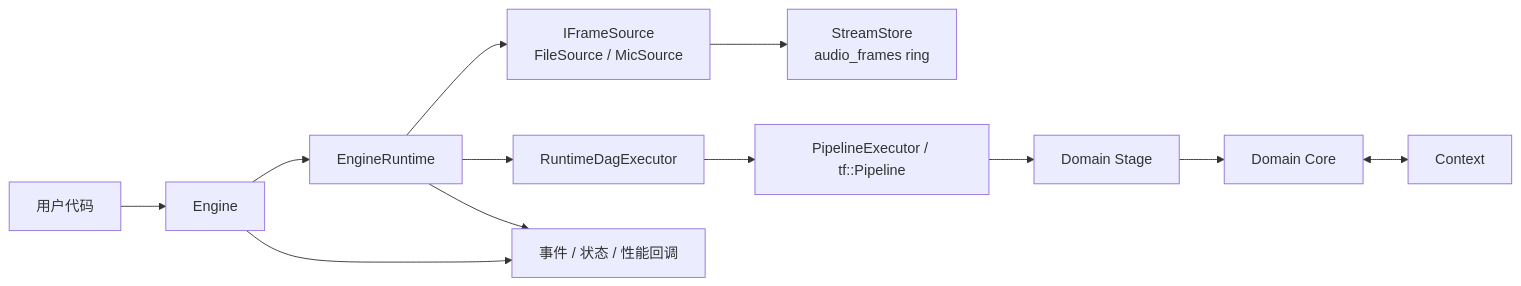
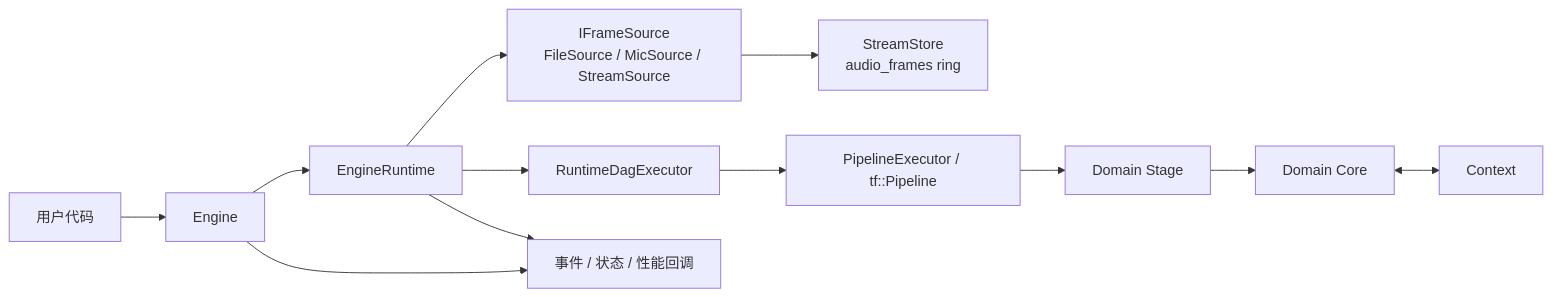
Before and after one commit to eagle-yw/Yspeech: the first of 5 diagrams in doc/design.md, drawn with Mermaid. The commit also changed other lines of this file and 50 other files, not shown here.

````diff
--- a/doc/design.md
+++ b/doc/design.md
@@ -13,26 +13,26 @@
 ```mermaid
 flowchart LR
     user[用户代码]
     engine[Engine]
     runtime[EngineRuntime]
-    source[IFrameSource<br/>FileSource / MicSource]
+    source[IFrameSource<br/>FileSource / MicSource / StreamSource]
     store[StreamStore<br/>audio_frames ring]
     dag[RuntimeDagExecutor]
     pipe[PipelineExecutor / tf::Pipeline]
     stage[Domain Stage]
     core[Domain Core]
     ctx[Context]
     callback[事件 / 状态 / 性能回调]
 
     user --> engine
     engine --> runtime
     runtime --> source
     source --> store
     runtime --> dag
     dag --> pipe
     pipe --> stage
     stage --> core
     core <--> ctx
     runtime --> callback
     engine --> callback
 ```
````
